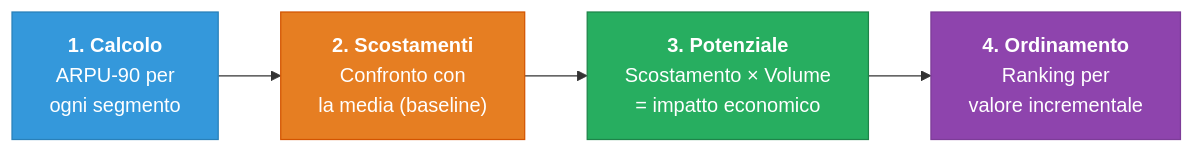
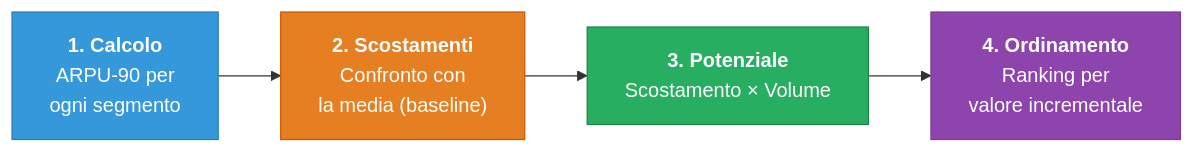
One commit to AndreyBertasini/gynnitech changed the ninth of 12 diagrams in src/content/corso/analisi-prodotto/analisi-coorte.mdx. Above: the diagram before and after it, drawn with Mermaid. The commit also changed 54 other files, not shown here.

````diff
--- a/src/content/corso/analisi-prodotto/analisi-coorte.mdx
+++ b/src/content/corso/analisi-prodotto/analisi-coorte.mdx
@@ -267,10 +267,10 @@
 ```mermaid
 graph LR
     S1["<b>1. Calcolo</b><br/>ARPU-90 per<br/>ogni segmento"] --> S2["<b>2. Scostamenti</b><br/>Confronto con<br/>la media (baseline)"]
-    S2 --> S3["<b>3. Potenziale</b><br/>Scostamento × Volume<br/>= impatto economico"]
+    S2 --> S3["<b>3. Potenziale</b><br/>Scostamento × Volume<br/≥ impatto economico"]
     S3 --> S4["<b>4. Ordinamento</b><br/>Ranking per<br/>valore incrementale"]
     style S1 fill:#3498db,stroke:#2980b9,color:#fff
     style S2 fill:#e67e22,stroke:#d35400,color:#fff
     style S3 fill:#27ae60,stroke:#1e8449,color:#fff
     style S4 fill:#8e44ad,stroke:#7d3c98,color:#fff
 ```
````
